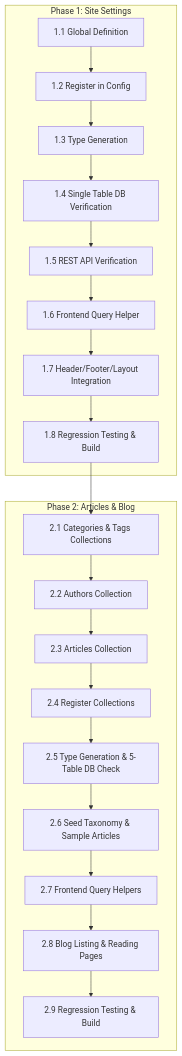
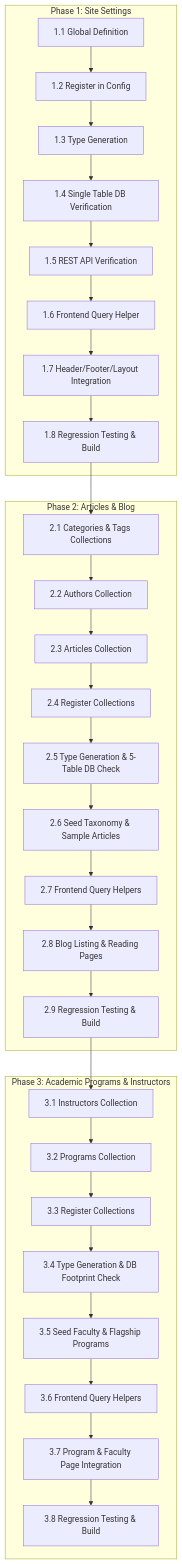
Before and after one commit to nabePi/spi-web: the diagram in docs/plans/README.md, drawn with Mermaid. The commit also changed other lines of this file and 14 other files, not shown here.

````diff
--- a/docs/plans/README.md
+++ b/docs/plans/README.md
@@ -9,25 +9,36 @@
 ```mermaid
 flowchart TD
     subgraph Phase 1: Site Settings
         A1[1.1 Global Definition] --> A2[1.2 Register in Config]
         A2 --> A3[1.3 Type Generation]
         A3 --> A4[1.4 Single Table DB Verification]
         A4 --> A5[1.5 REST API Verification]
         A5 --> A6[1.6 Frontend Query Helper]
         A6 --> A7[1.7 Header/Footer/Layout Integration]
         A7 --> A8[1.8 Regression Testing & Build]
     end
 
     subgraph Phase 2: Articles & Blog
         B1[2.1 Categories & Tags Collections] --> B2[2.2 Authors Collection]
         B2 --> B3[2.3 Articles Collection]
         B3 --> B4[2.4 Register Collections]
         B4 --> B5[2.5 Type Generation & 5-Table DB Check]
         B5 --> B6[2.6 Seed Taxonomy & Sample Articles]
         B6 --> B7[2.7 Frontend Query Helpers]
         B7 --> B8[2.8 Blog Listing & Reading Pages]
         B8 --> B9[2.9 Regression Testing & Build]
     end
 
+    subgraph Phase 3: Academic Programs & Instructors
+        C1[3.1 Instructors Collection] --> C2[3.2 Programs Collection]
+        C2 --> C3[3.3 Register Collections]
+        C3 --> C4[3.4 Type Generation & DB Footprint Check]
+        C4 --> C5[3.5 Seed Faculty & Flagship Programs]
+        C5 --> C6[3.6 Frontend Query Helpers]
+        C6 --> C7[3.7 Program & Faculty Page Integration]
+        C7 --> C8[3.8 Regression Testing & Build]
+    end
+
     A8 --> B1
+    B9 --> C1
 ```
````
